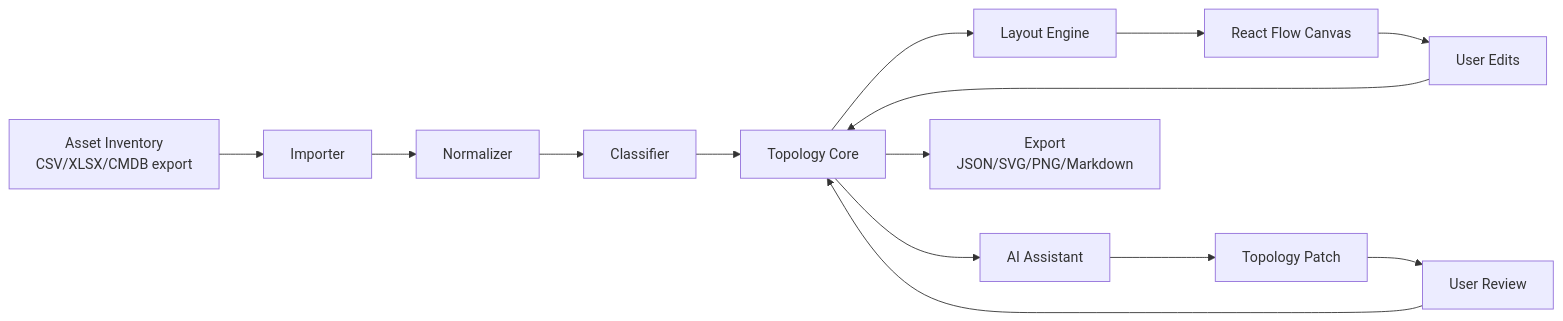
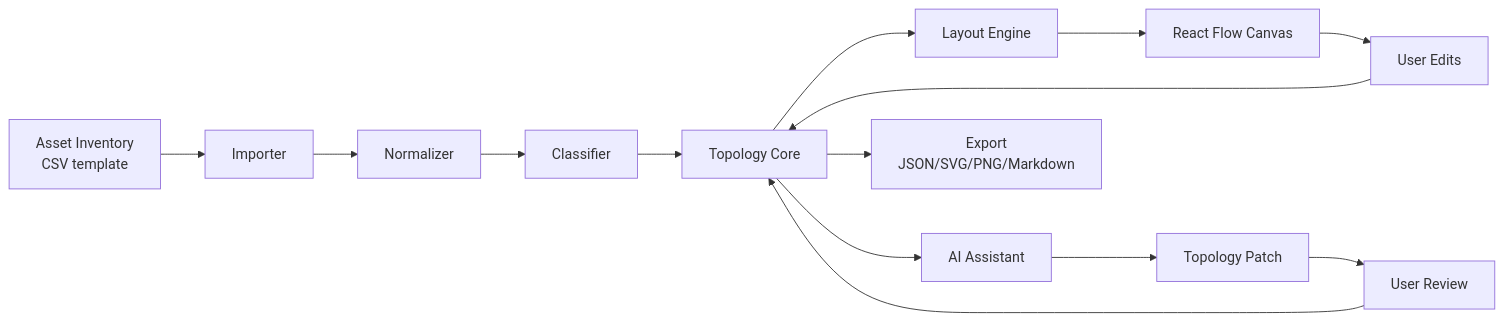
The diagram in docs/superpowers/specs/2026-05-14-topology-workbench-restart-design.md (lhyliu/excalidraw-aiplus), drawn with Mermaid before and after one commit. The commit also changed other lines of this file, not shown here.

````diff
--- a/docs/superpowers/specs/2026-05-14-topology-workbench-restart-design.md
+++ b/docs/superpowers/specs/2026-05-14-topology-workbench-restart-design.md
@@ -52,16 +69,16 @@
 ```mermaid
 flowchart LR
-  A["Asset Inventory<br/>CSV/XLSX/CMDB export"] --> B["Importer"]
+  A["Asset Inventory<br/>CSV template"] --> B["Importer"]
   B --> C["Normalizer"]
   C --> D["Classifier"]
   D --> E["Topology Core"]
   E --> F["Layout Engine"]
   F --> G["React Flow Canvas"]
   G --> H["User Edits"]
   H --> E
   E --> I["AI Assistant"]
   I --> J["Topology Patch"]
   J --> K["User Review"]
   K --> E
   E --> L["Export<br/>JSON/SVG/PNG/Markdown"]
 ```
````
